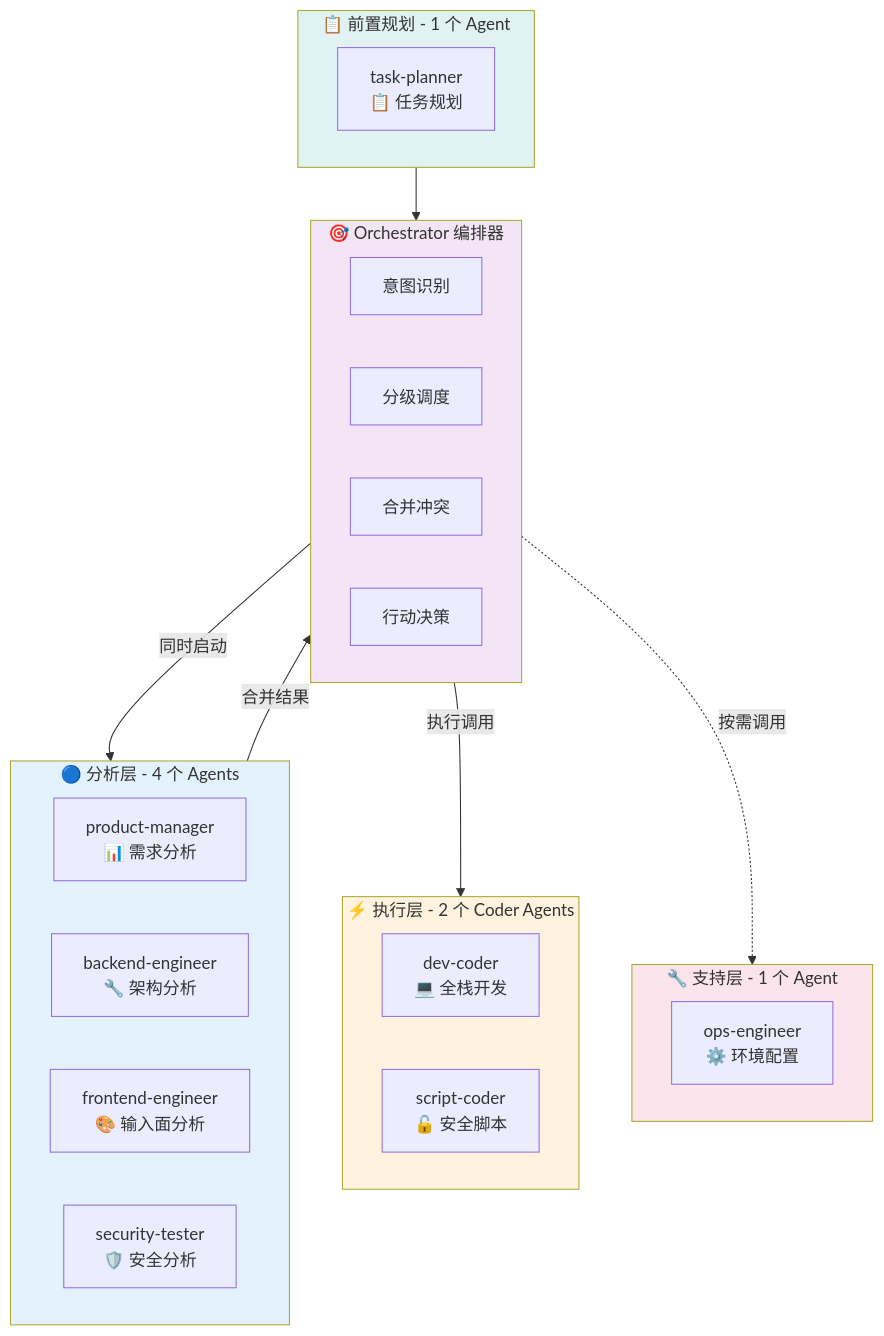
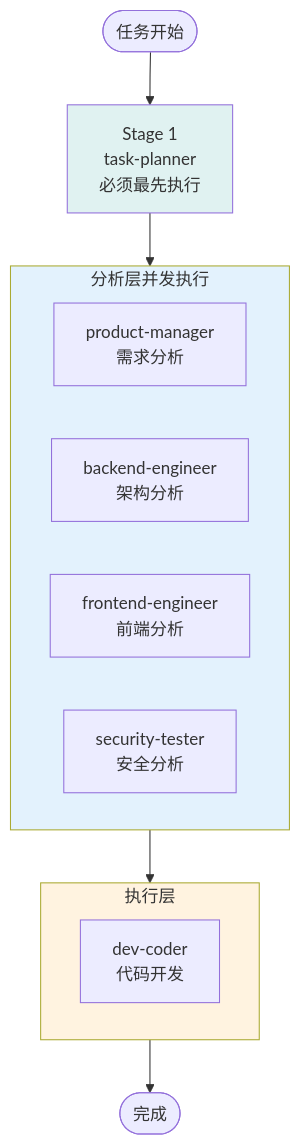
The second of 7 diagrams in ARCHITECTURE.md (xxipv6/claudeSandBox), drawn with Mermaid before and after one commit. The commit also changed other lines of this file, not shown here.

First line of the commit message:
docs: 更新 ARCHITECTURE.md 以匹配 v2.0.0 架构

````diff
--- a/ARCHITECTURE.md
+++ b/ARCHITECTURE.md
@@ -212,42 +69,25 @@
 ```mermaid
-graph TB
-    subgraph Orchestrator["🎯 Orchestrator 编排器"]
-        Direction[意图识别]
-        Schedule[分级调度]
-        Merge[合并冲突]
-        Decision[行动决策]
+flowchart TD
+    Start([任务开始]) --> Stage1[Stage 1<br/>task-planner<br/>必须最先执行]
+
+    Stage1 --> Stage2[Stage 2<br/>分析类 agents 并发]
+
+    subgraph Stage2["分析层并发执行"]
+        PM[product-manager<br/>需求分析]
+        BE[backend-engineer<br/>架构分析]
+        FE[frontend-engineer<br/>前端分析]
+        ST[security-tester<br/>安全分析]
     end
 
-    subgraph Analysis["🔵 分析层 - 4 个 Agents"]
-        PM[product-manager<br/>📊 需求分析]
-        BE[backend-engineer<br/>🔧 架构分析]
-        FE[frontend-engineer<br/>🎨 输入面分析]
-        ST[security-tester<br/>🛡️ 安全分析]
+    Stage2 --> Stage3[Stage 3<br/>执行层 agent]
+
+    subgraph Stage3["执行层"]
+        DC[dev-coder<br/>代码开发]
     end
 
-    subgraph Execution["⚡ 执行层 - 2 个 Coder Agents"]
-        DC[dev-coder<br/>💻 全栈开发]
-        SC[script-coder<br/>🔓 安全脚本]
-    end
+    Stage3 --> End([完成])
 
-    subgraph Support["🔧 支持层 - 1 个 Agent"]
-        OE[ops-engineer<br/>⚙️ 环境配置]
-    end
-
-    subgraph Planning["📋 前置规划 - 1 个 Agent"]
-        TP[task-planner<br/>📋 任务规划]
-    end
-
-    Planning --> Orchestrator
-    Orchestrator -->|同时启动| Analysis
-    Orchestrator -->|执行调用| Execution
-    Orchestrator -.->|按需调用| Support
-
-    Analysis -->|合并结果| Orchestrator
-
-    style Orchestrator fill:#f3e5f5
-    style Analysis fill:#e3f2fd
-    style Execution fill:#fff3e0
-    style Support fill:#fce4ec
-    style Planning fill:#e0f2f1
+    style Stage1 fill:#e0f2f1
+    style Stage2 fill:#e3f2fd
+    style Stage3 fill:#fff3e0
 ```
````
